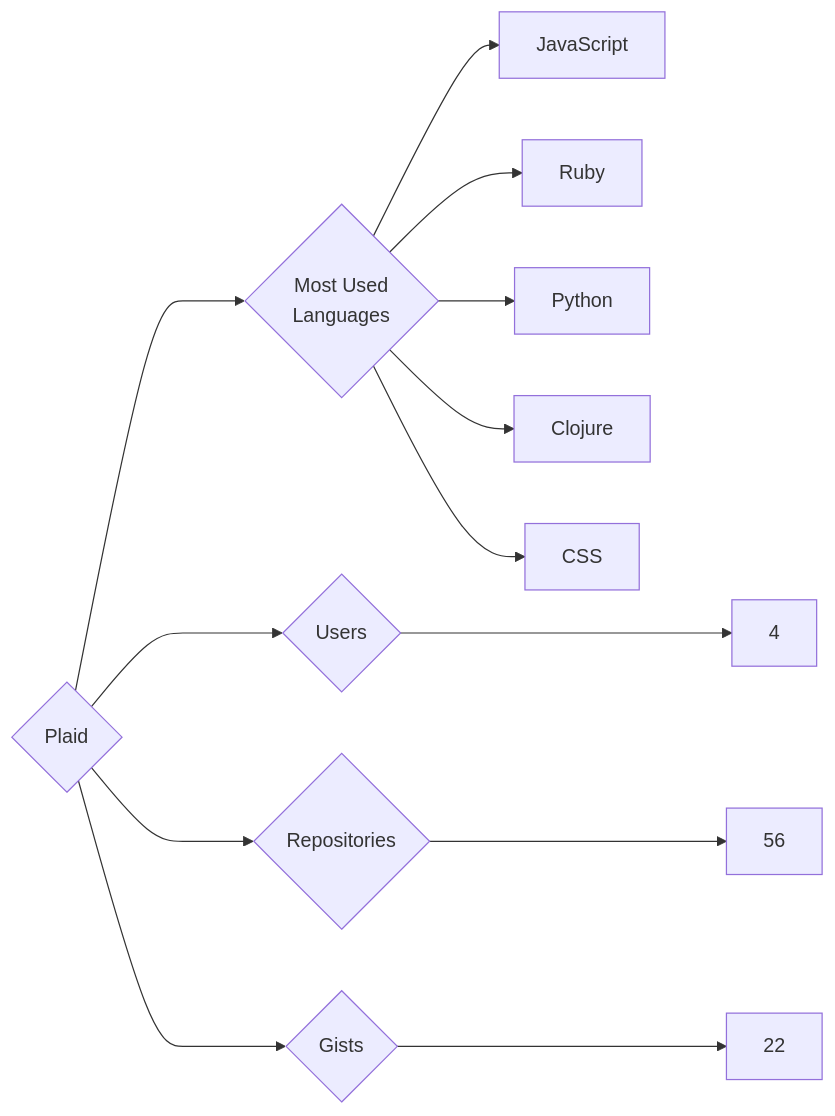
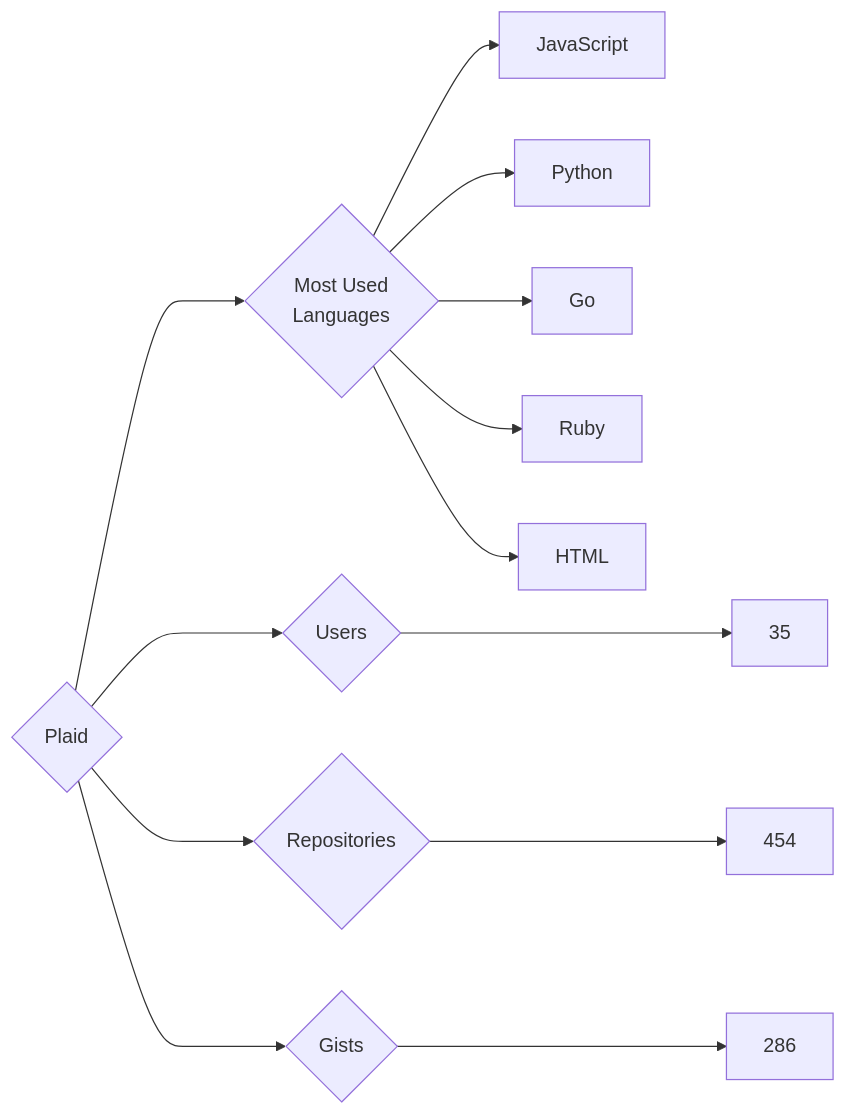
Before and after one commit to trickest/insiders: the diagram in targets/Plaid/README.md, drawn with Mermaid. The commit also changed 969 other files, not shown here.

````diff
--- a/targets/Plaid/README.md
+++ b/targets/Plaid/README.md
@@ -3,13 +3,13 @@
 ```mermaid
 graph LR
 COMPANY_NAME{Plaid}
-COMPANY_NAME ---> U{Users} ---> UN[4]
-COMPANY_NAME ---> R{Repositories} ---> RN[56]
-COMPANY_NAME ---> G{Gists} ---> GN[22]
+COMPANY_NAME ---> U{Users} ---> UN[35]
+COMPANY_NAME ---> R{Repositories} ---> RN[454]
+COMPANY_NAME ---> G{Gists} ---> GN[286]
 COMPANY_NAME ---> ML{Most Used<br>Languages}
 ML --> JavaScript[JavaScript]
+ML --> Python[Python]
+ML --> Go[Go]
 ML --> Ruby[Ruby]
-ML --> Python[Python]
-ML --> Clojure[Clojure]
-ML --> CSS[CSS]
+ML --> HTML[HTML]
 ```
````
